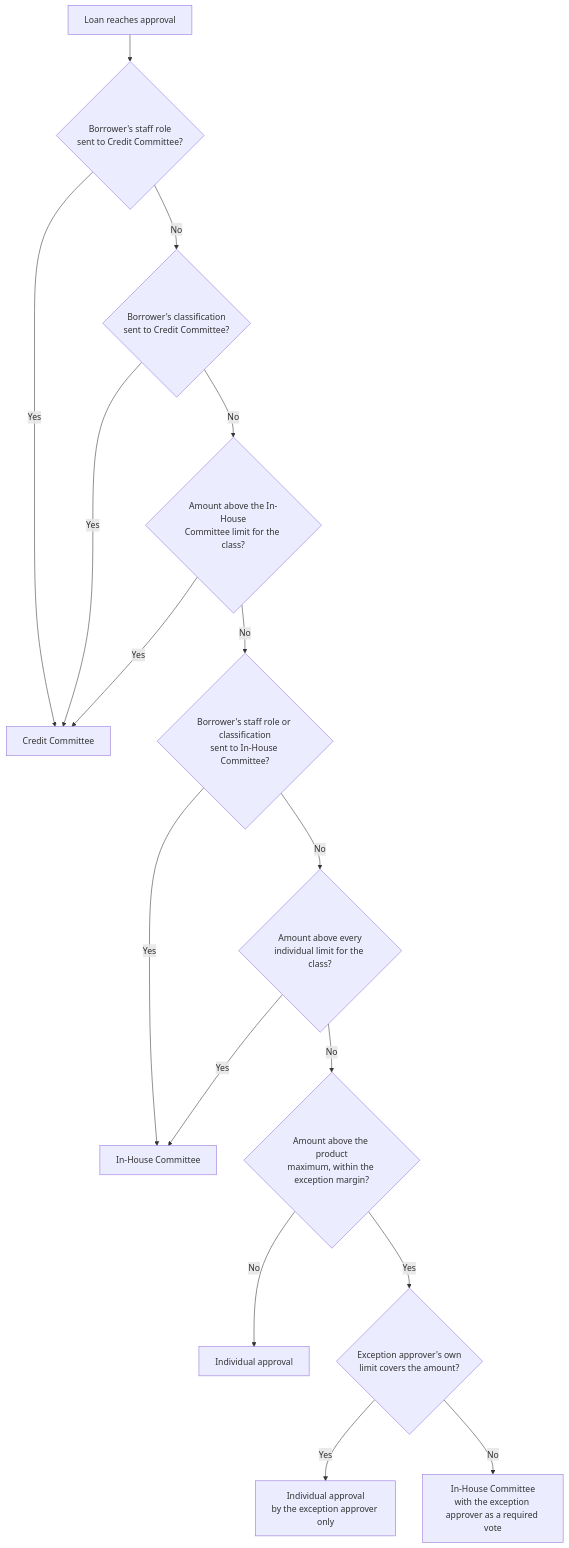
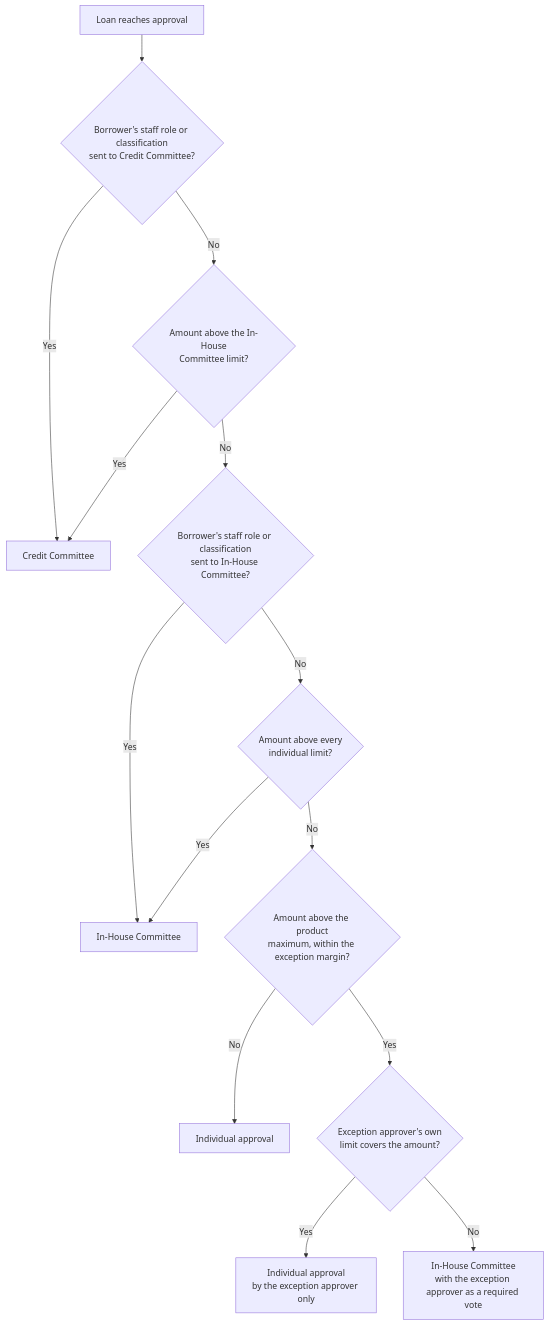
One commit to compuz-ja/docs changed the diagram in omnia/los/workflows/approval-routes.mdx. Above: the diagram before and after it, drawn with Mermaid. The commit also changed other lines of this file and 59 other files, not shown here.

````diff
--- a/omnia/los/workflows/approval-routes.mdx
+++ b/omnia/los/workflows/approval-routes.mdx
@@ -101,18 +96,16 @@
 ```mermaid
 flowchart TD
-    A[Loan reaches approval] --> B{Borrower's staff role<br/>sent to Credit Committee?}
+    A[Loan reaches approval] --> B{Borrower's staff role or classification<br/>sent to Credit Committee?}
     B -- Yes --> CC[Credit Committee]
-    B -- No --> C{Borrower's classification<br/>sent to Credit Committee?}
-    C -- Yes --> CC
-    C -- No --> D{Amount above the In-House<br/>Committee limit for the class?}
+    B -- No --> D{Amount above the In-House<br/>Committee limit?}
     D -- Yes --> CC
     D -- No --> E{Borrower's staff role or classification<br/>sent to In-House Committee?}
     E -- Yes --> IH[In-House Committee]
-    E -- No --> F{Amount above every<br/>individual limit for the class?}
+    E -- No --> F{Amount above every<br/>individual limit?}
     F -- Yes --> IH
     F -- No --> G{Amount above the product<br/>maximum, within the exception margin?}
     G -- No --> IND[Individual approval]
     G -- Yes --> H{Exception approver's own<br/>limit covers the amount?}
     H -- Yes --> EX[Individual approval<br/>by the exception approver only]
     H -- No --> IH2[In-House Committee<br/>with the exception approver as a required vote]
 ```
````
